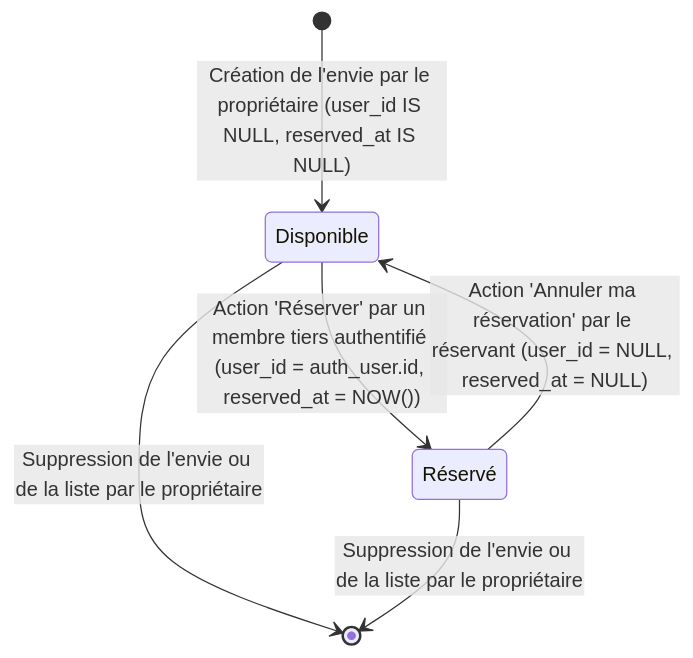
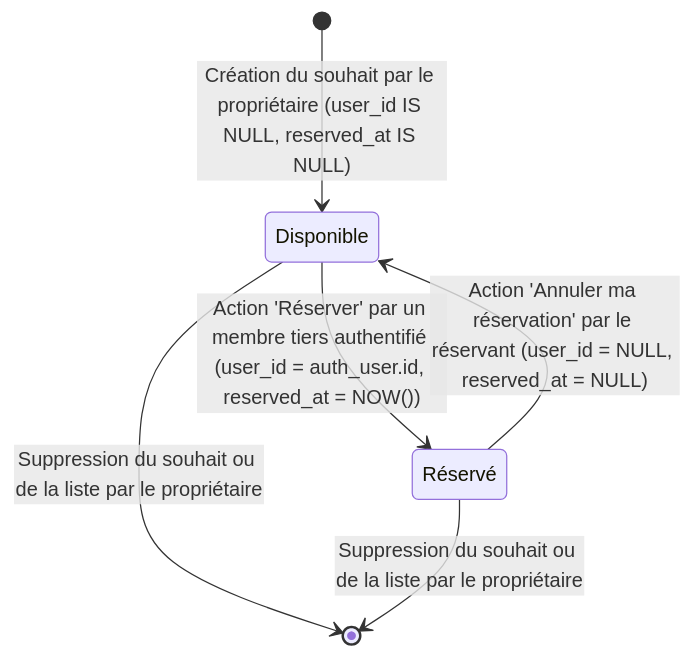
The second of 2 diagrams in docs/DICTIONNAIRE_ET_REGLES_GESTION.md (Arnaud6216/Famylist), drawn with Mermaid before and after one commit. The commit also changed other lines of this file and 9 other files, not shown here.

Commit message:
docs: update terminology from wish/envie to souhait and refresh diagrams

````diff
--- a/docs/DICTIONNAIRE_ET_REGLES_GESTION.md
+++ b/docs/DICTIONNAIRE_ET_REGLES_GESTION.md
@@ -182,11 +182,11 @@
 ```mermaid
 stateDiagram-v2
-    [*] --> Disponible : Création de l'envie par le propriétaire (user_id IS NULL, reserved_at IS NULL)
+    [*] --> Disponible : Création du souhait par le propriétaire (user_id IS NULL, reserved_at IS NULL)
 
     Disponible --> Réservé : Action 'Réserver' par un membre tiers authentifié (user_id = auth_user.id, reserved_at = NOW())
 
     Réservé --> Disponible : Action 'Annuler ma réservation' par le réservant (user_id = NULL, reserved_at = NULL)
 
-    Disponible --> [*] : Suppression de l'envie ou de la liste par le propriétaire
-    Réservé --> [*] : Suppression de l'envie ou de la liste par le propriétaire
+    Disponible --> [*] : Suppression du souhait ou de la liste par le propriétaire
+    Réservé --> [*] : Suppression du souhait ou de la liste par le propriétaire
 ```
````
